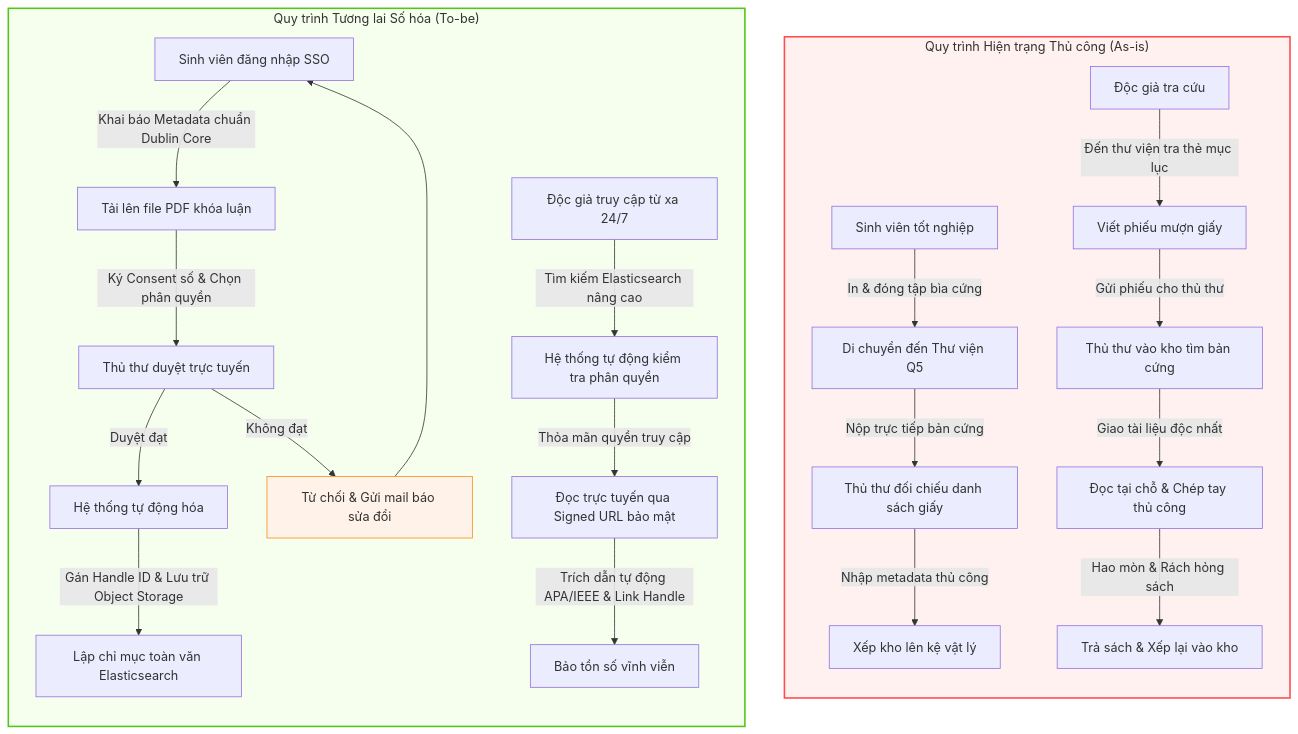
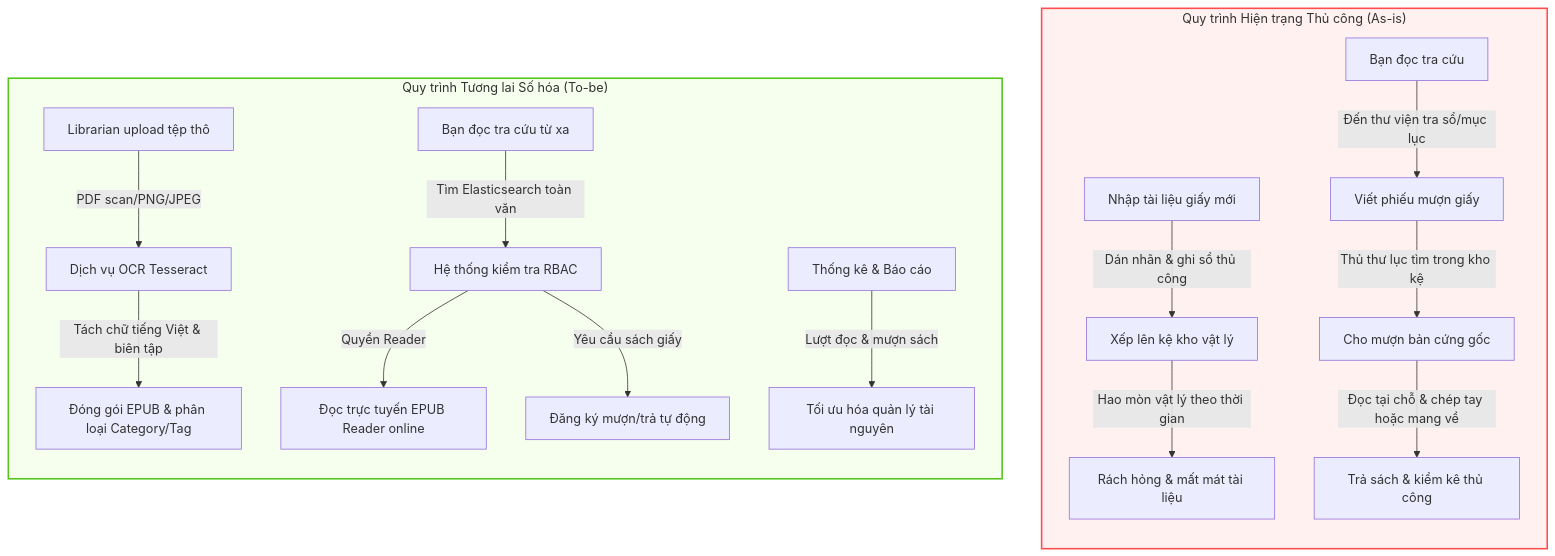
Before and after one commit to se-bros/hcmus-projectmanage--lab: the diagram in docs/images/as_is_to_be_workflow.mmd, drawn with Mermaid. The commit also changed other lines of this file and 27 other files, not shown here.

```diff
--- a/docs/images/as_is_to_be_workflow.mmd
+++ b/docs/images/as_is_to_be_workflow.mmd
@@ -1,31 +1,25 @@
 graph TD
     subgraph As-is ["Quy trình Hiện trạng Thủ công (As-is)"]
         direction TB
-        A1[Sinh viên tốt nghiệp] -->|In & đóng tập bìa cứng| A2[Di chuyển đến Thư viện Q5]
-        A2 -->|Nộp trực tiếp bản cứng| A3[Thủ thư đối chiếu danh sách giấy]
-        A3 -->|Nhập metadata thủ công| A4[Xếp kho lên kệ vật lý]
+        A1[Nhập tài liệu giấy mới] -->|Dán nhãn & ghi sổ thủ công| A2[Xếp lên kệ kho vật lý]
+        A2 -->|Hao mòn vật lý theo thời gian| A3[Rách hỏng & mất mát tài liệu]
         
-        A5[Độc giả tra cứu] -->|Đến thư viện tra thẻ mục lục| A6[Viết phiếu mượn giấy]
-        A6 -->|Gửi phiếu cho thủ thư| A7[Thủ thư vào kho tìm bản cứng]
-        A7 -->|Giao tài liệu độc nhất| A8[Đọc tại chỗ & Chép tay thủ công]
-        A8 -->|Hao mòn & Rách hỏng sách| A9[Trả sách & Xếp lại vào kho]
+        A4[Bạn đọc tra cứu] -->|Đến thư viện tra sổ/mục lục| A5[Viết phiếu mượn giấy]
+        A5 -->|Thủ thư lục tìm trong kho kệ| A6[Cho mượn bản cứng gốc]
+        A6 -->|Đọc tại chỗ & chép tay hoặc mang về| A7[Trả sách & kiểm kê thủ công]
     end
 
     subgraph To-be ["Quy trình Tương lai Số hóa (To-be)"]
         direction TB
-        B1[Sinh viên đăng nhập SSO] -->|Khai báo Metadata chuẩn Dublin Core| B2[Tải lên file PDF khóa luận]
-        B2 -->|Ký Consent số & Chọn phân quyền| B3[Thủ thư duyệt trực tuyến]
+        B1[Librarian upload tệp thô] -->|PDF scan/PNG/JPEG| B2[Dịch vụ OCR Tesseract]
+        B2 -->|Tách chữ tiếng Việt & biên tập| B3[Đóng gói EPUB & phân loại Category/Tag]
         
-        B3 -->|Duyệt đạt| B4[Hệ thống tự động hóa]
-        B4 -->|Gán Handle ID & Lưu trữ Object Storage| B5[Lập chỉ mục toàn văn Elasticsearch]
+        B4[Bạn đọc tra cứu từ xa] -->|Tìm Elasticsearch toàn văn| B5[Hệ thống kiểm tra RBAC]
+        B5 -->|Quyền Reader| B6[Đọc trực tuyến EPUB Reader online]
+        B5 -->|Yêu cầu sách giấy| B7[Đăng ký mượn/trả tự động]
         
-        B3 -->|Không đạt| B3_Err[Từ chối & Gửi mail báo sửa đổi] --> B1
-        
-        B6[Độc giả truy cập từ xa 24/7] -->|Tìm kiếm Elasticsearch nâng cao| B7[Hệ thống tự động kiểm tra phân quyền]
-        B7 -->|Thỏa mãn quyền truy cập| B8[Đọc trực tuyến qua Signed URL bảo mật]
-        B8 -->|Trích dẫn tự động APA/IEEE & Link Handle| B9[Bảo tồn số vĩnh viễn]
+        B8[Thống kê & Báo cáo] -->|Lượt đọc & mượn sách| B9[Tối ưu hóa quản lý tài nguyên]
     end
 
     style As-is fill:#fff1f0,stroke:#ff4d4f,stroke-width:2px;
     style To-be fill:#f6ffed,stroke:#52c41a,stroke-width:2px;
-    style B3_Err fill:#fff2e8,stroke:#fa8c16,stroke-width:1px;
```
